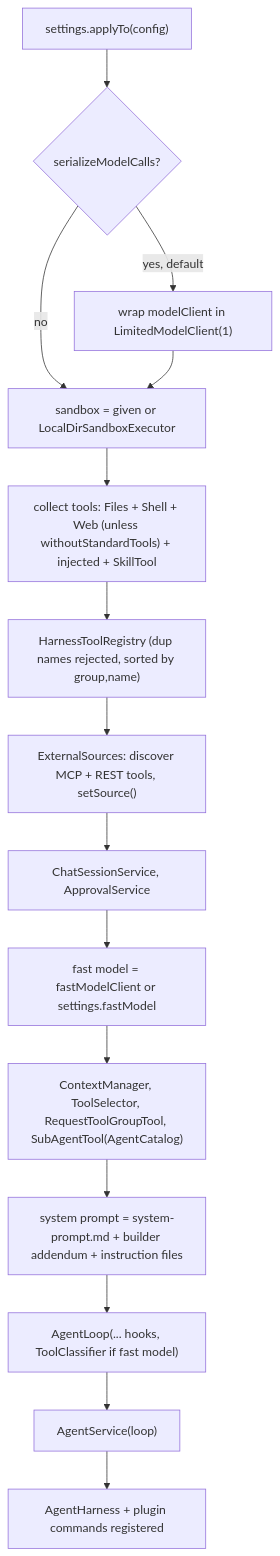
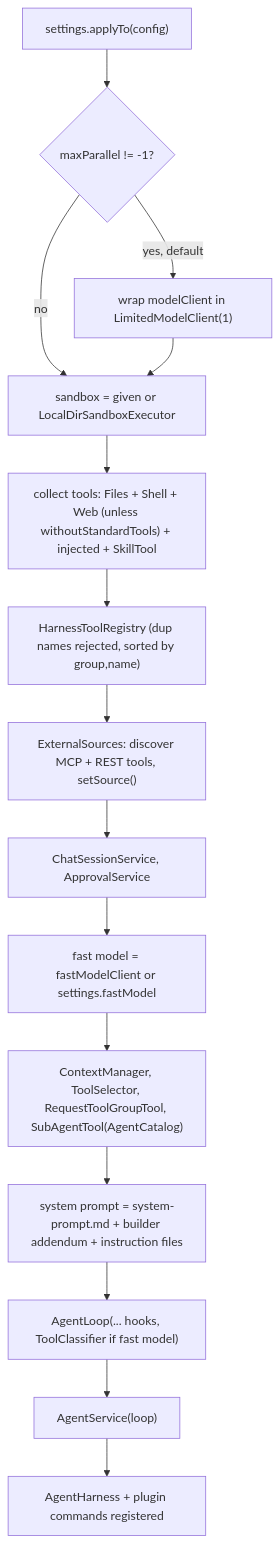
Before and after one commit to kendarorg/jllm: the second of 13 diagrams in docs/FLOW.md, drawn with Mermaid. The commit also changed other lines of this file and 183 other files, not shown here.

````diff
--- a/docs/FLOW.md
+++ b/docs/FLOW.md
@@ -80,17 +80,17 @@
 ```mermaid
 flowchart TD
-    A["settings.applyTo(config)"] --> B{"serializeModelCalls?"}
+    A["settings.applyTo(config)"] --> B{"maxParallel != -1?"}
     B -->|yes, default| C["wrap modelClient in LimitedModelClient(1)"]
     B -->|no| D
     C --> D["sandbox = given or LocalDirSandboxExecutor"]
     D --> E["collect tools: Files + Shell + Web (unless withoutStandardTools) + injected + SkillTool"]
     E --> F["HarnessToolRegistry (dup names rejected, sorted by group,name)"]
     F --> G["ExternalSources: discover MCP + REST tools, setSource()"]
     G --> H["ChatSessionService, ApprovalService"]
     H --> I["fast model = fastModelClient or settings.fastModel"]
     I --> J["ContextManager, ToolSelector, RequestToolGroupTool, SubAgentTool(AgentCatalog)"]
     J --> K["system prompt = system-prompt.md + builder addendum + instruction files"]
     K --> L["AgentLoop(... hooks, ToolClassifier if fast model)"]
     L --> M["AgentService(loop)"]
     M --> N["AgentHarness + plugin commands registered"]
 ```
````
